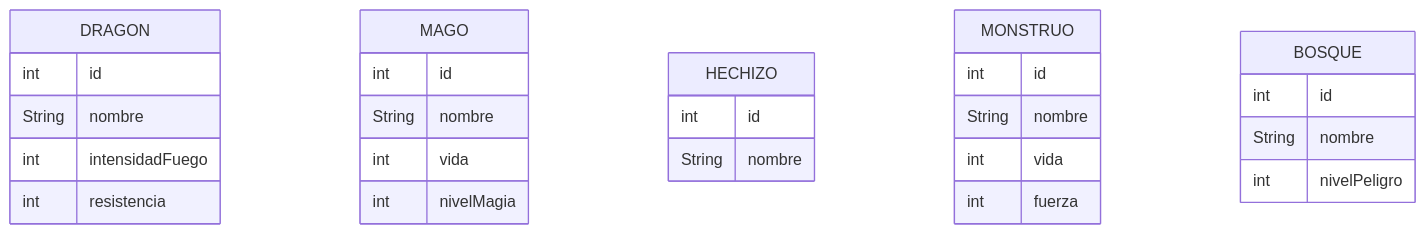
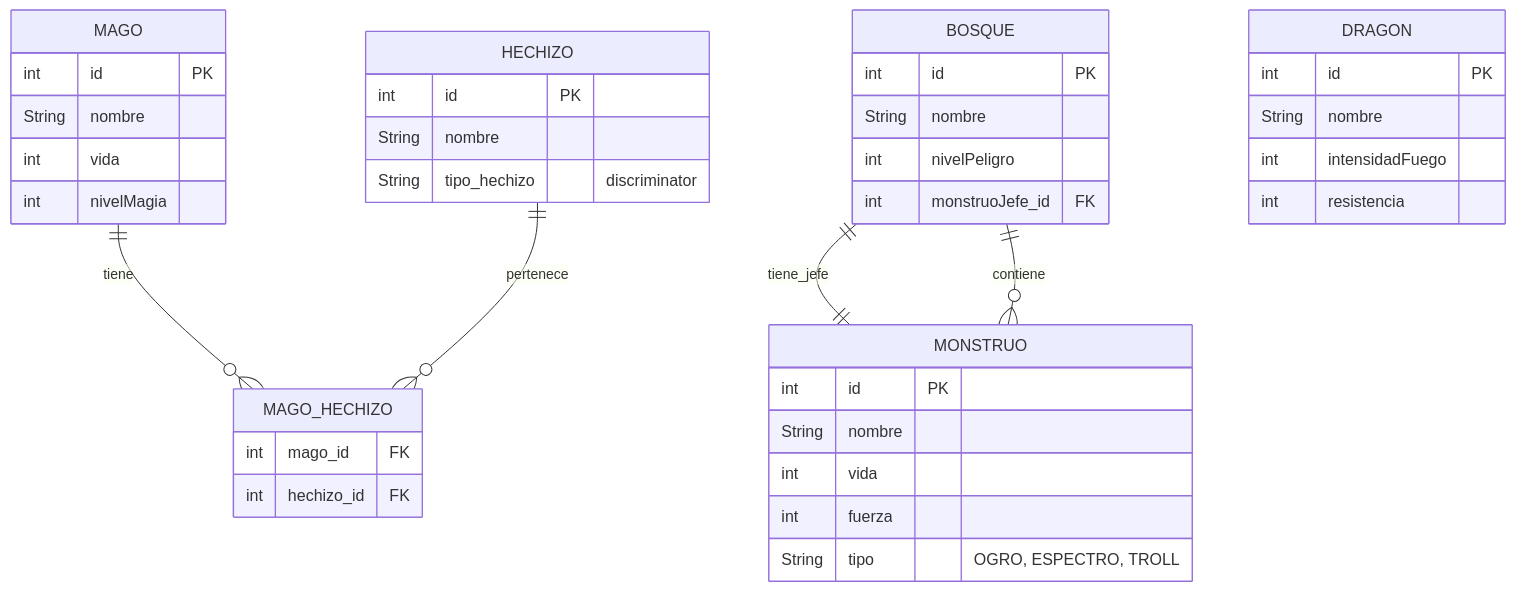
One commit to adriamPaz/drago changed the second of 3 diagrams in readme.md. Above: the diagram before and after it, drawn with Mermaid. The commit also changed other lines of this file and 40 other files, not shown here.

````diff
--- a/readme.md
+++ b/readme.md
@@ -55,30 +92,47 @@
 ```mermaid
 erDiagram
-DRAGON{
-  int id
-  String nombre
-  int intensidadFuego
-  int resistencia
-}
-MAGO{
-  int id
-  String nombre
-  int vida
-  int nivelMagia
-}
-HECHIZO{
-  int id
-  String nombre
-}
-MONSTRUO{
-  int id
-  String nombre
-  int vida
-  int fuerza
-}
-BOSQUE{
-  int id
-  String nombre
-  int nivelPeligro
-}
+    MAGO ||--o{ MAGO_HECHIZO : tiene
+    HECHIZO ||--o{ MAGO_HECHIZO : pertenece
+    BOSQUE ||--|| MONSTRUO : tiene_jefe
+    BOSQUE ||--o{ MONSTRUO : contiene
+
+    MAGO {
+        int id PK
+        String nombre
+        int vida
+        int nivelMagia
+    }
+    
+    HECHIZO {
+        int id PK
+        String nombre
+        String tipo_hechizo "discriminator"
+    }
+    
+    MONSTRUO {
+        int id PK
+        String nombre
+        int vida
+        int fuerza
+        String tipo "OGRO, ESPECTRO, TROLL"
+    }
+    
+    BOSQUE {
+        int id PK
+        String nombre
+        int nivelPeligro
+        int monstruoJefe_id FK
+    }
+    
+    DRAGON {
+        int id PK
+        String nombre
+        int intensidadFuego
+        int resistencia
+    }
+    
+    MAGO_HECHIZO {
+        int mago_id FK
+        int hechizo_id FK
+    }
 ```
````
